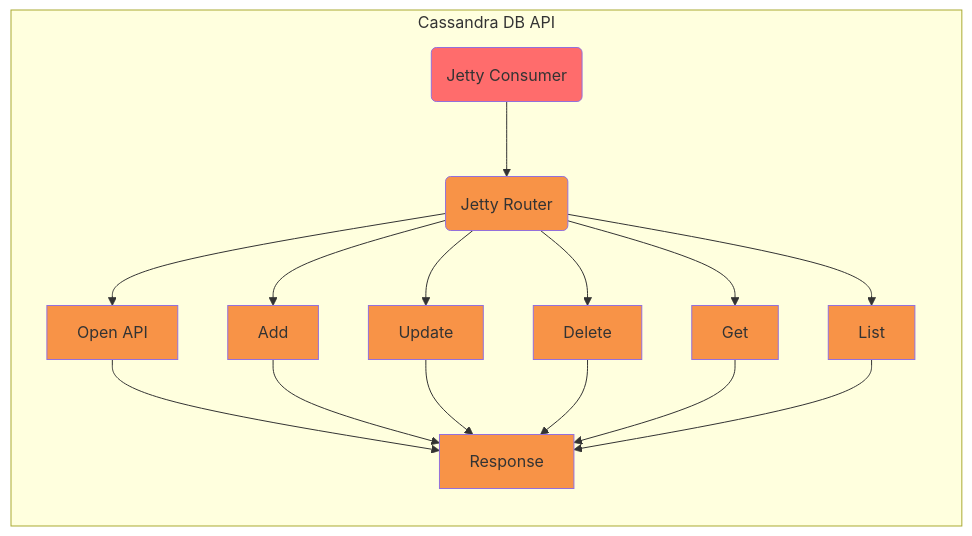
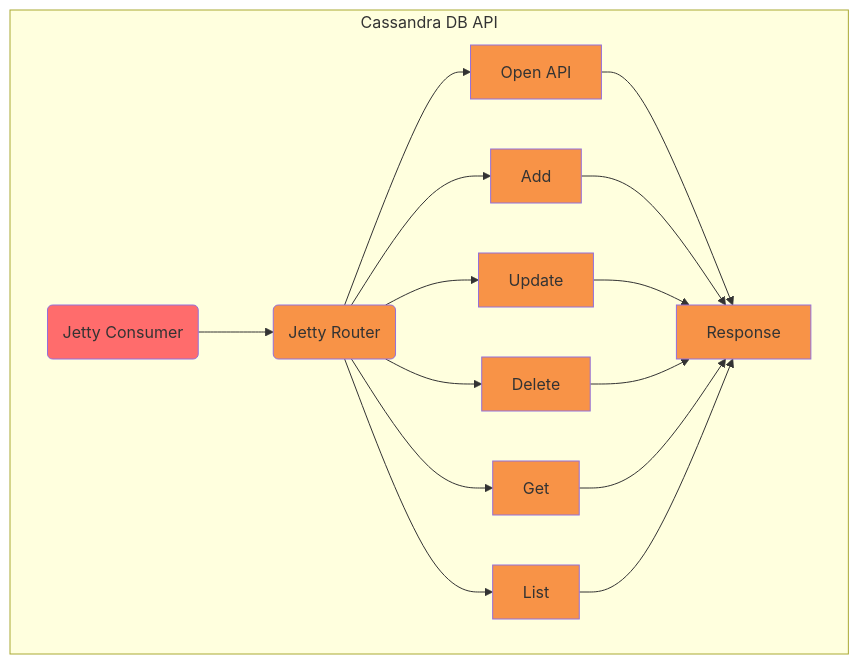
One commit to interlok-testing/testing_cassandra changed the diagram in README.md. Above: the diagram before and after it, drawn with Mermaid.

Commit message:
Direction left to right

````diff
--- a/README.md
+++ b/README.md
@@ -13,29 +13,30 @@
 ```mermaid
 graph LR
   subgraph Cassandra DB API
+    direction LR
     J_C(Jetty Consumer) --> JR(Jetty Router)
     JR --> O[Open API]
     O --> R[Response]
     JR --> A[Add]
     A --> R[Response]
     JR --> U[Update]
     U --> R[Response]
     JR --> D[Delete]
     D --> R[Response]
     JR --> G[Get]
     G --> R[Response]
     JR --> L[List]
     L --> R[Response]
   end
 
   style J_C fill:#FF6C6C
   style JR fill: #F89347
   style O fill:#F89347
   style A fill:#F89347
   style U fill:#F89347
   style D fill:#F89347
   style G fill:#F89347
   style L fill:#F89347
   style R fill:#F89347
 
 ```
````
